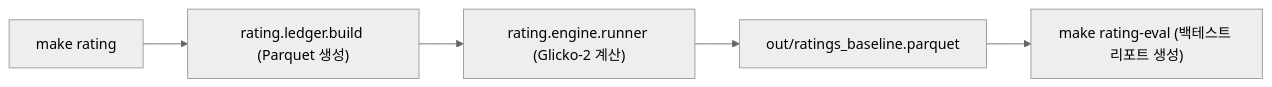
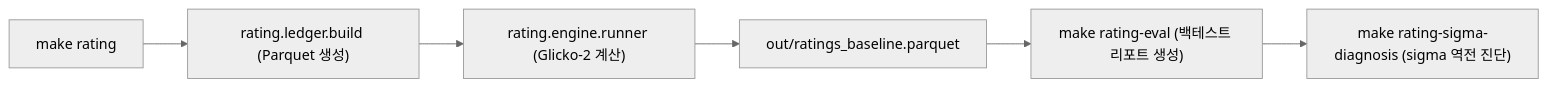
The fifth of 6 diagrams in docs/pipeline_runbook.md (es-kimo/splits), drawn with Mermaid (neutral theme) before and after one commit. The commit also changed other lines of this file and 13 other files, not shown here.

````diff
--- a/docs/pipeline_runbook.md
+++ b/docs/pipeline_runbook.md
@@ -167,7 +168,8 @@
 ```mermaid
 flowchart LR
     A["make rating"] --> B["rating.ledger.build (Parquet 생성)"]
     B --> C["rating.engine.runner (Glicko-2 계산)"]
     C --> D["out/ratings_baseline.parquet"]
     D --> E["make rating-eval (백테스트 리포트 생성)"]
+    E --> F["make rating-sigma-diagnosis (sigma 역전 진단)"]
 ```
````
